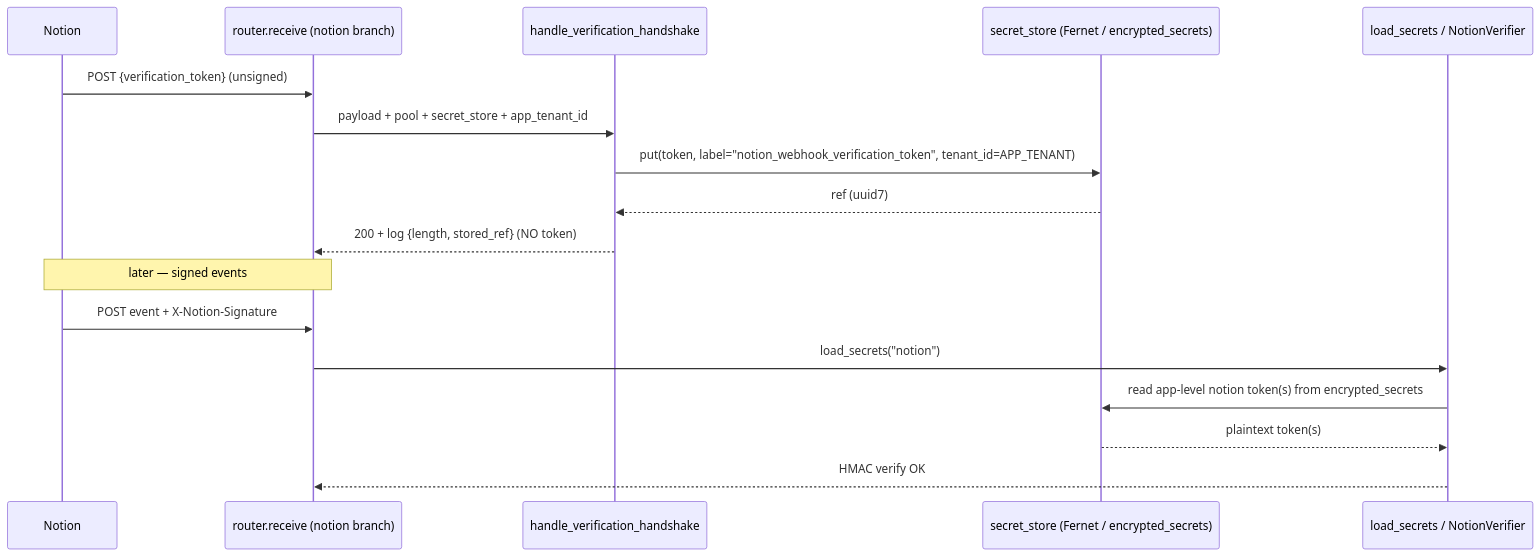
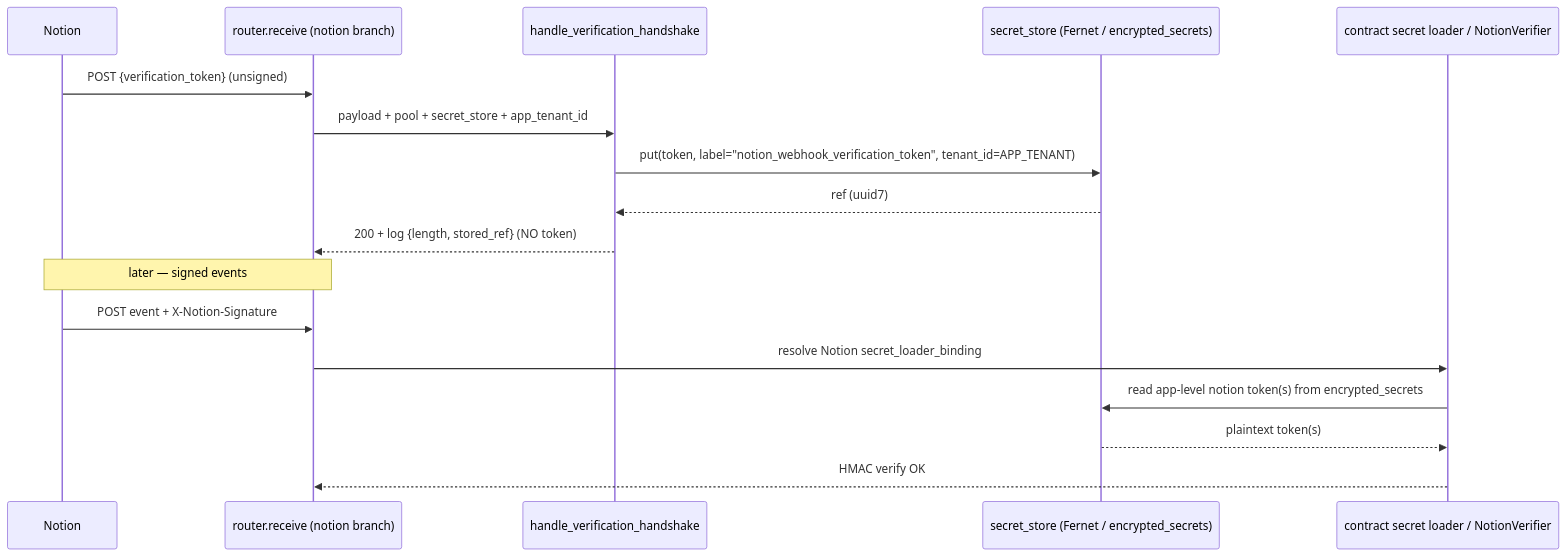
The diagram in docs/validation/notion-verification-token-secret-store-design.md (Fyralisinc/fyraliscore), drawn with Mermaid before and after one commit. The commit also changed other lines of this file and 395 other files, not shown here.

````diff
--- a/docs/validation/notion-verification-token-secret-store-design.md
+++ b/docs/validation/notion-verification-token-secret-store-design.md
@@ -70,20 +70,20 @@
 ```mermaid
 sequenceDiagram
     participant N as Notion
     participant R as router.receive (notion branch)
     participant H as handle_verification_handshake
     participant S as secret_store (Fernet / encrypted_secrets)
-    participant V as load_secrets / NotionVerifier
+    participant V as contract secret loader / NotionVerifier
 
     N->>R: POST {verification_token} (unsigned)
     R->>H: payload + pool + secret_store + app_tenant_id
     H->>S: put(token, label="notion_webhook_verification_token", tenant_id=APP_TENANT)
     S-->>H: ref (uuid7)
     H-->>R: 200 + log {length, stored_ref} (NO token)
     Note over R,N: later — signed events
     N->>R: POST event + X-Notion-Signature
-    R->>V: load_secrets("notion")
+    R->>V: resolve Notion secret_loader_binding
     V->>S: read app-level notion token(s) from encrypted_secrets
     S-->>V: plaintext token(s)
     V-->>R: HMAC verify OK
 ```
````
